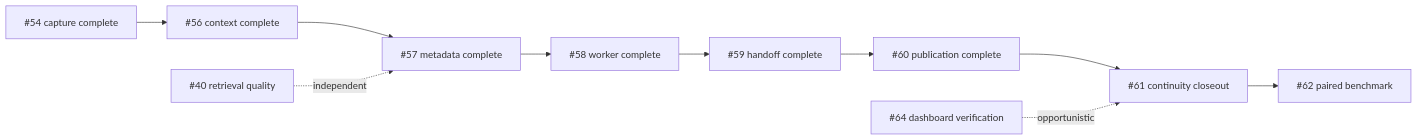
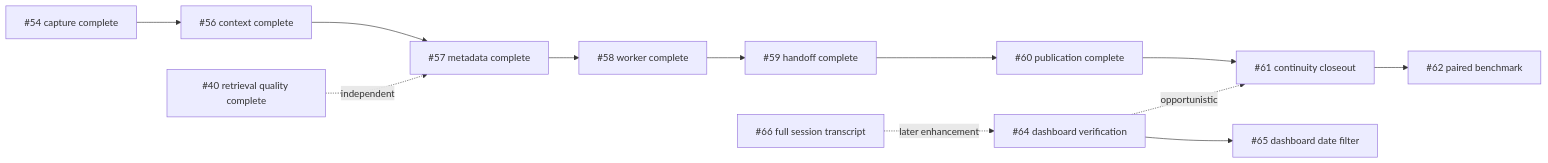
Before and after one commit to vib28/ai-memory-hub: the diagram in docs/issue-priority-order.md, drawn with Mermaid. The commit also changed other lines of this file and 6 other files, not shown here.

Commit message:
Add dashboard date filtering

````diff
--- a/docs/issue-priority-order.md
+++ b/docs/issue-priority-order.md
@@ -9,12 +9,14 @@
 ```mermaid
 flowchart LR
     P["#54 capture complete"] --> A["#56 context complete"]
     A --> B["#57 metadata complete"]
     B --> C["#58 worker complete"]
     C --> D["#59 handoff complete"]
     D --> E["#60 publication complete"]
     E --> F["#61 continuity closeout"]
     F --> G["#62 paired benchmark"]
-    I["#40 retrieval quality"] -. independent .-> B
+    I["#40 retrieval quality complete"] -. independent .-> B
     J["#64 dashboard verification"] -. opportunistic .-> F
+    J --> K["#65 dashboard date filter"]
+    L["#66 full session transcript"] -. later enhancement .-> J
 ```
````
